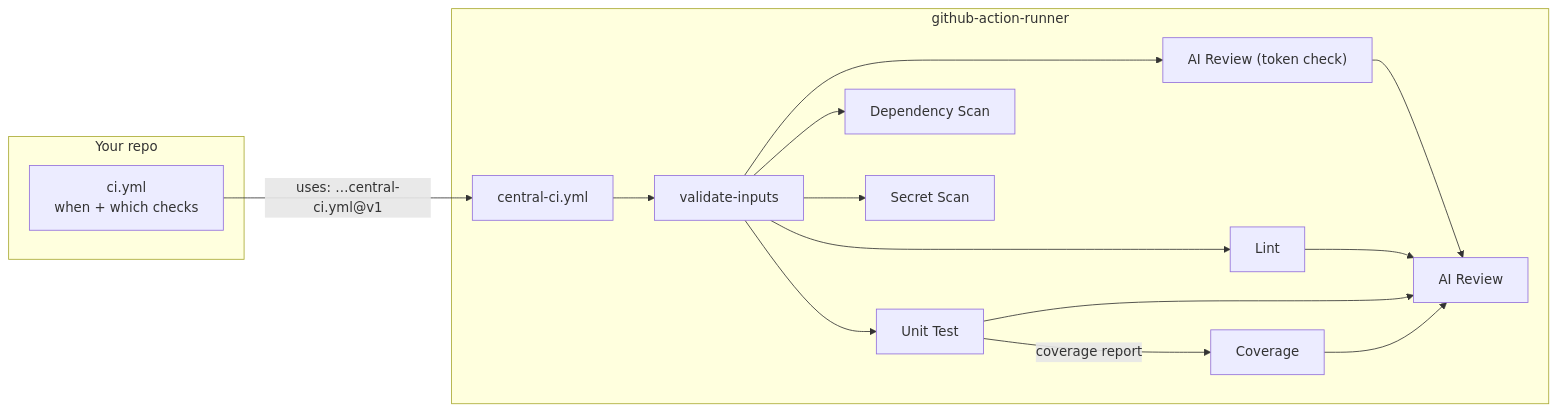
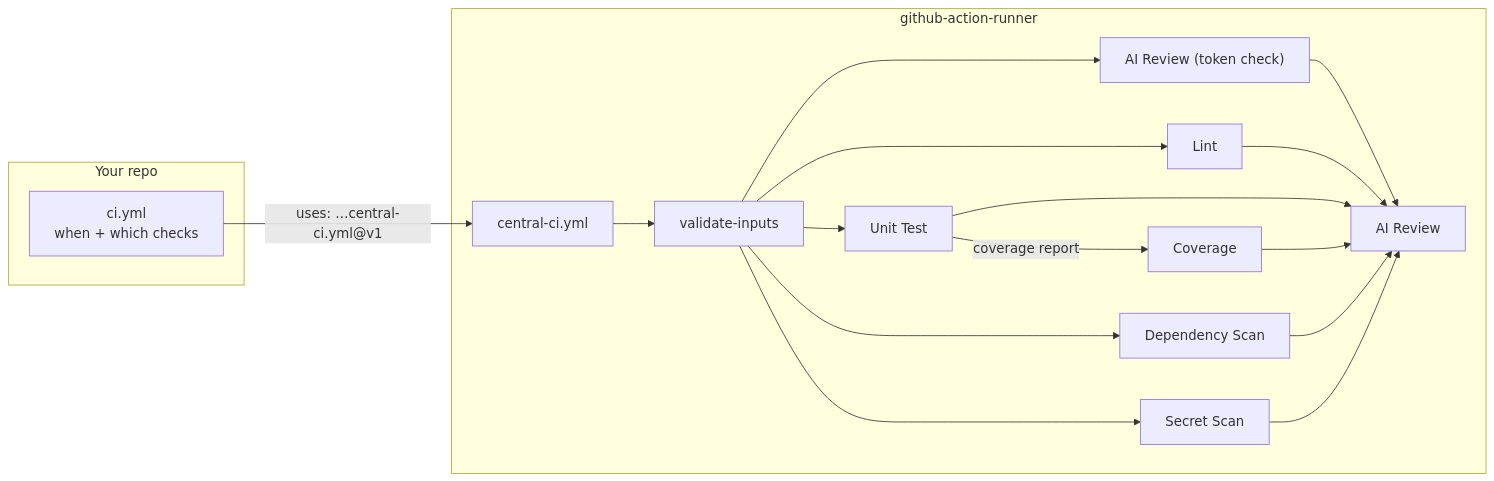
One commit to DevAnsh-Digital-Solutions/github-action-runner changed the second of 3 diagrams in README.md. Above: the diagram before and after it, drawn with Mermaid. The commit also changed other lines of this file and 6 other files, not shown here.

````diff
--- a/README.md
+++ b/README.md
@@ -696,25 +709,25 @@
 ```mermaid
 flowchart LR
     subgraph consumer["Your repo"]
         ci["ci.yml<br/>when + which checks"]
     end
 
     subgraph runner["github-action-runner"]
         central["central-ci.yml"]
         validate["validate-inputs"]
         lint["Lint"]
         unit["Unit Test"]
         cov["Coverage"]
         dep["Dependency Scan"]
         sec["Secret Scan"]
         pre["AI Review (token check)"]
         ai["AI Review"]
         central --> validate
         validate --> lint & unit & dep & sec & pre
         unit -- "coverage report" --> cov
         pre --> ai
-        lint & unit & cov --> ai
+        lint & unit & cov & dep & sec --> ai
     end
 
     ci -- "uses: …central-ci.yml@v1" --> central
 ```
````
